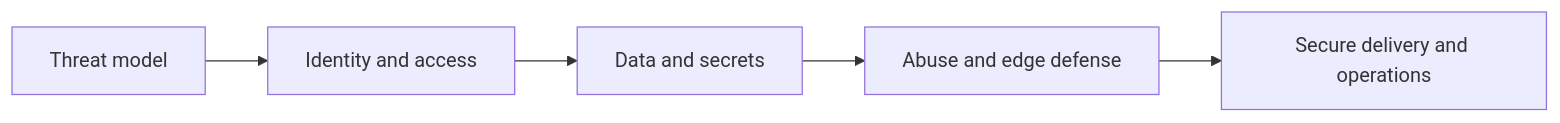
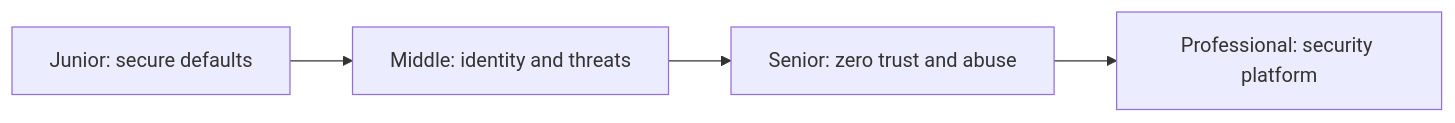
One commit to flynn3103/engineer-knowledge changed the first of 2 diagrams in on-production/security-at-scale/README.md. Above: the diagram before and after it, drawn with Mermaid. The commit also changed other lines of this file and 632 other files, not shown here.

````diff
--- a/on-production/security-at-scale/README.md
+++ b/on-production/security-at-scale/README.md
@@ -7,7 +5,4 @@
 ```mermaid
 flowchart LR
-    Design[Threat model] --> Identity[Identity and access]
-    Identity --> Protect[Data and secrets]
-    Protect --> Defend[Abuse and edge defense]
-    Defend --> Deliver[Secure delivery and operations]
+    J[Junior: secure defaults] --> M[Middle: identity and threats] --> S[Senior: zero trust and abuse] --> P[Professional: security platform]
 ```
````
